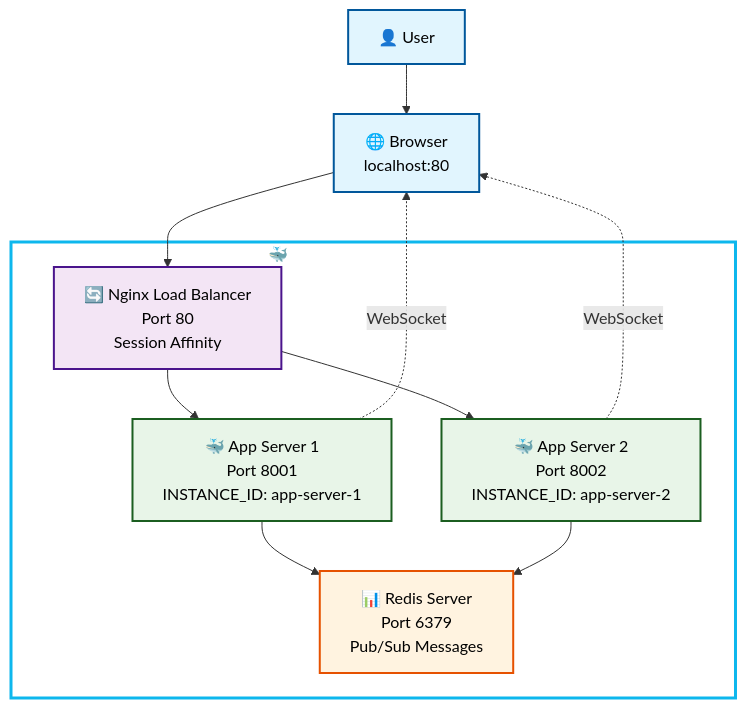
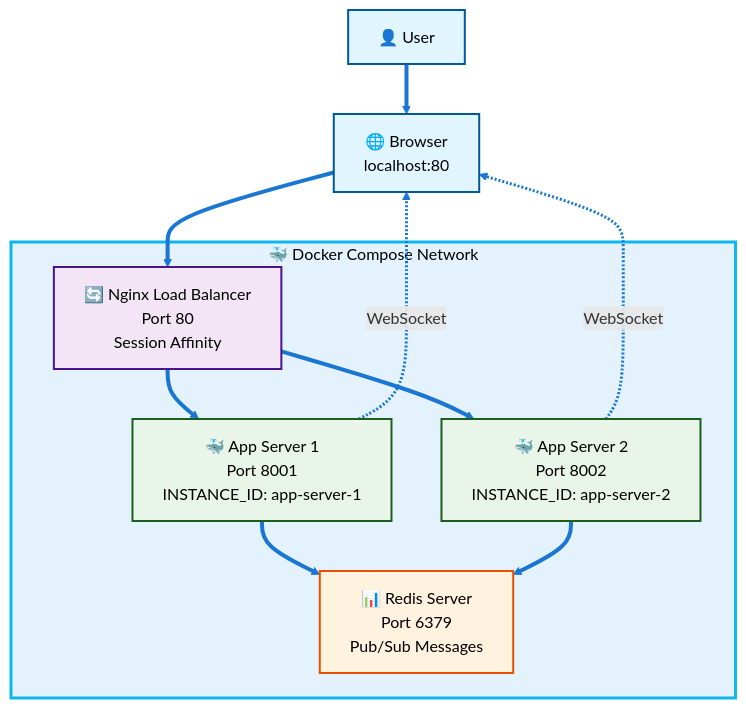
The first of 5 diagrams in README.md (Jilan5/scaling-websocket-with-AWS-ALB), drawn with Mermaid before and after one commit.

````diff
--- a/README.md
+++ b/README.md
@@ -59,42 +59,51 @@
 ```mermaid
 graph TD
     %% User and Browser
     U[👤 User] --> B[🌐 Browser<br/>localhost:80]
     
     %% Nginx Load Balancer
     B --> N[🔄 Nginx Load Balancer<br/>Port 80<br/>Session Affinity]
     
     %% App Servers
     N --> A1[🐳 App Server 1<br/>Port 8001<br/>INSTANCE_ID: app-server-1]
     N --> A2[🐳 App Server 2<br/>Port 8002<br/>INSTANCE_ID: app-server-2]
     
     %% Redis Server
     A1 --> R[📊 Redis Server<br/>Port 6379<br/>Pub/Sub Messages]
     A2 --> R
     
     %% WebSocket Connections
     A1 -.->|WebSocket| B
     A2 -.->|WebSocket| B
     
     %% Docker Network
     subgraph Docker["🐳 Docker Compose Network"]
         N
         A1
         A2
         R
     end
     
     %% Styling
     classDef userStyle fill:#e1f5fe,stroke:#01579b,stroke-width:2px,color:#000
     classDef loadBalancer fill:#f3e5f5,stroke:#4a148c,stroke-width:2px,color:#000
     classDef appServer fill:#e8f5e8,stroke:#1b5e20,stroke-width:2px,color:#000
     classDef redis fill:#fff3e0,stroke:#e65100,stroke-width:2px,color:#000
-    classDef docker fill:none,stroke:#0db7ed,stroke-width:3px,color:#fff
+    classDef docker fill:#e3f2fd,stroke:#0db7ed,stroke-width:3px,color:#000
     
     class U,B userStyle
     class N loadBalancer
     class A1,A2 appServer
     class R redis
     class Docker docker
+    
+    linkStyle 0 stroke:#1976d2,stroke-width:4px
+    linkStyle 1 stroke:#1976d2,stroke-width:4px
+    linkStyle 2 stroke:#1976d2,stroke-width:4px
+    linkStyle 3 stroke:#1976d2,stroke-width:4px
+    linkStyle 4 stroke:#1976d2,stroke-width:4px
+    linkStyle 5 stroke:#1976d2,stroke-width:4px
+    linkStyle 6 stroke:#1976d2,stroke-width:3px
+    linkStyle 7 stroke:#1976d2,stroke-width:3px
 
 ```
````
